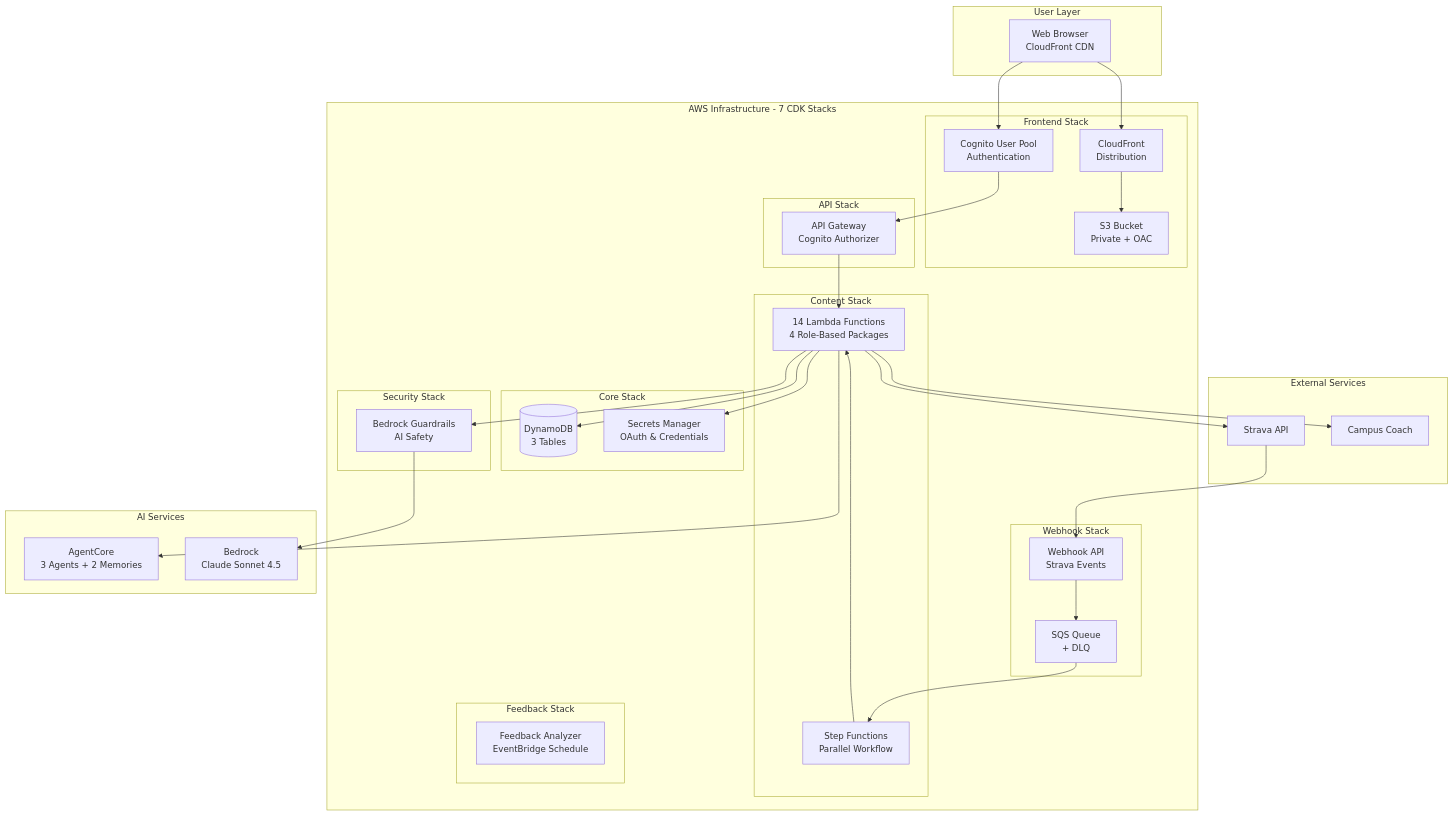
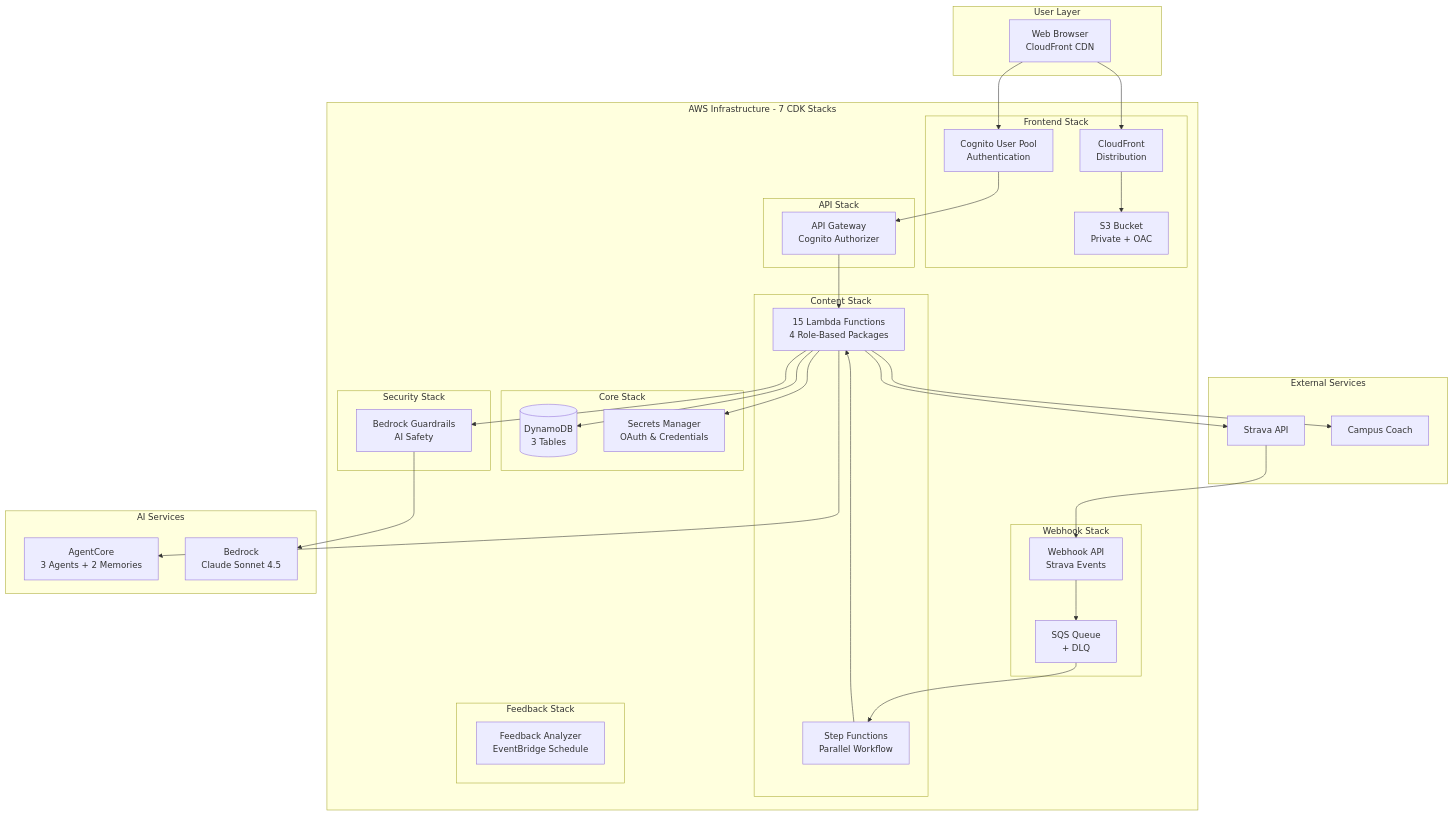
The first of 2 diagrams in README.md (el-pedrito/strava-ai-boost), drawn with Mermaid before and after one commit. The commit also changed other lines of this file and 1 other file, not shown here.

````diff
--- a/README.md
+++ b/README.md
@@ -197,71 +197,71 @@
 ```mermaid
 graph TB
     subgraph "User Layer"
         Browser[Web Browser<br/>CloudFront CDN]
     end
 
     subgraph "AWS Infrastructure - 7 CDK Stacks"
         subgraph "Frontend Stack"
             S3[S3 Bucket<br/>Private + OAC]
             CF[CloudFront<br/>Distribution]
             Cognito[Cognito User Pool<br/>Authentication]
         end
 
         subgraph "Core Stack"
             DDB[(DynamoDB<br/>3 Tables)]
             Secrets[Secrets Manager<br/>OAuth & Credentials]
         end
 
         subgraph "Security Stack"
             Guardrails[Bedrock Guardrails<br/>AI Safety]
         end
 
         subgraph "Webhook Stack"
             WebhookAPI[Webhook API<br/>Strava Events]
             SQS[SQS Queue<br/>+ DLQ]
         end
 
         subgraph "Content Stack"
             SF[Step Functions<br/>Parallel Workflow]
-            Lambda12[14 Lambda Functions<br/>4 Role-Based Packages]
+            Lambda12[15 Lambda Functions<br/>4 Role-Based Packages]
         end
 
         subgraph "API Stack"
             APIGW[API Gateway<br/>Cognito Authorizer]
         end
 
         subgraph "Feedback Stack"
             FB[Feedback Analyzer<br/>EventBridge Schedule]
         end
     end
 
     subgraph "AI Services"
         AgentCore[AgentCore<br/>3 Agents + 2 Memories]
         Bedrock[Bedrock<br/>Claude Sonnet 4.5]
     end
 
     subgraph "External Services"
         Strava[Strava API]
         Campus[Campus Coach]
     end
 
     Browser --> CF
     CF --> S3
     Browser --> Cognito
     Cognito --> APIGW
     APIGW --> Lambda12
     Lambda12 --> DDB
     Lambda12 --> Secrets
 
     Strava --> WebhookAPI
     WebhookAPI --> SQS
     SQS --> SF
     SF --> Lambda12
 
     Lambda12 --> Guardrails
     Guardrails --> Bedrock
     Lambda12 --> AgentCore
     Lambda12 --> Strava
     Lambda12 --> Campus
 
 ```
````
